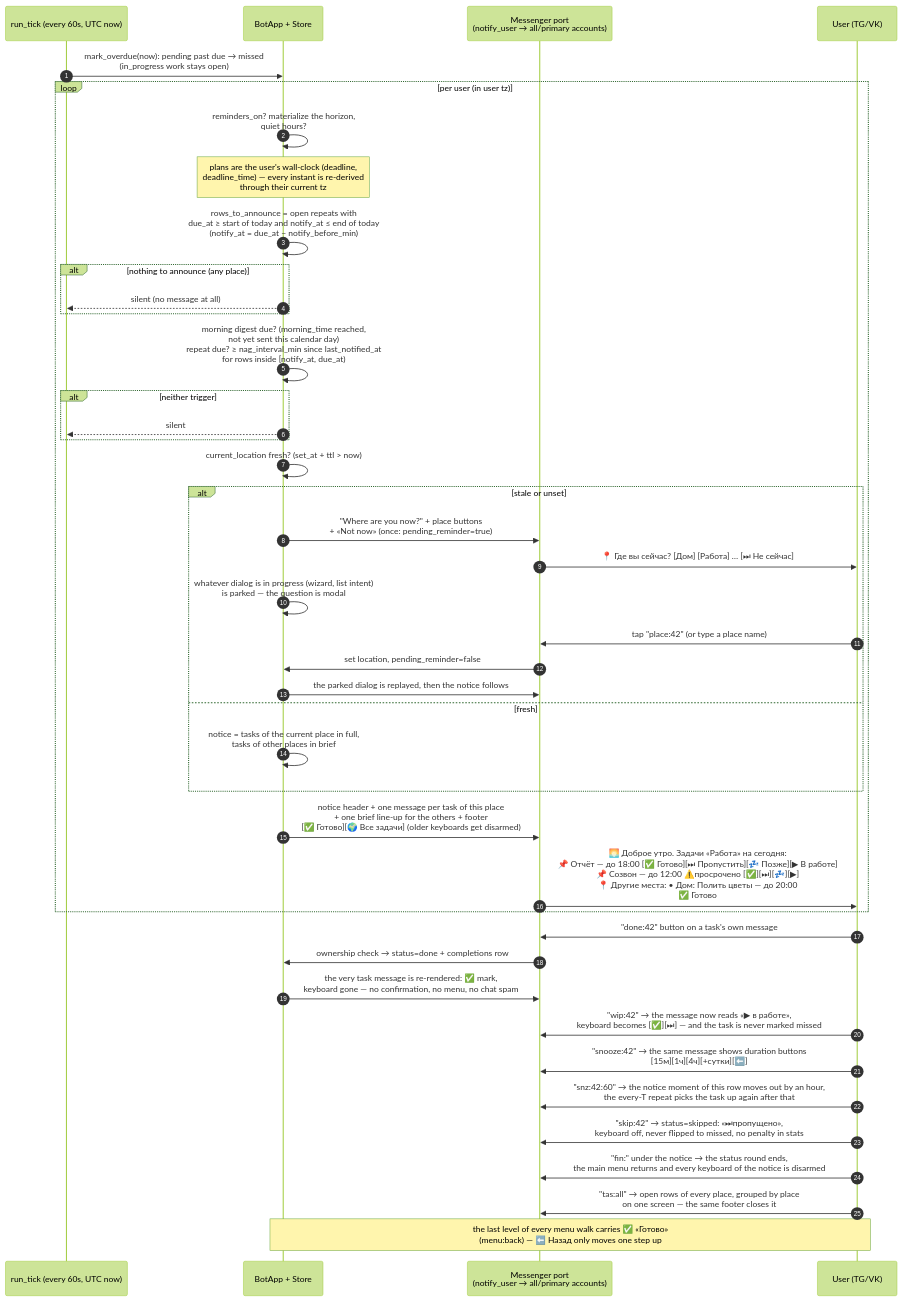
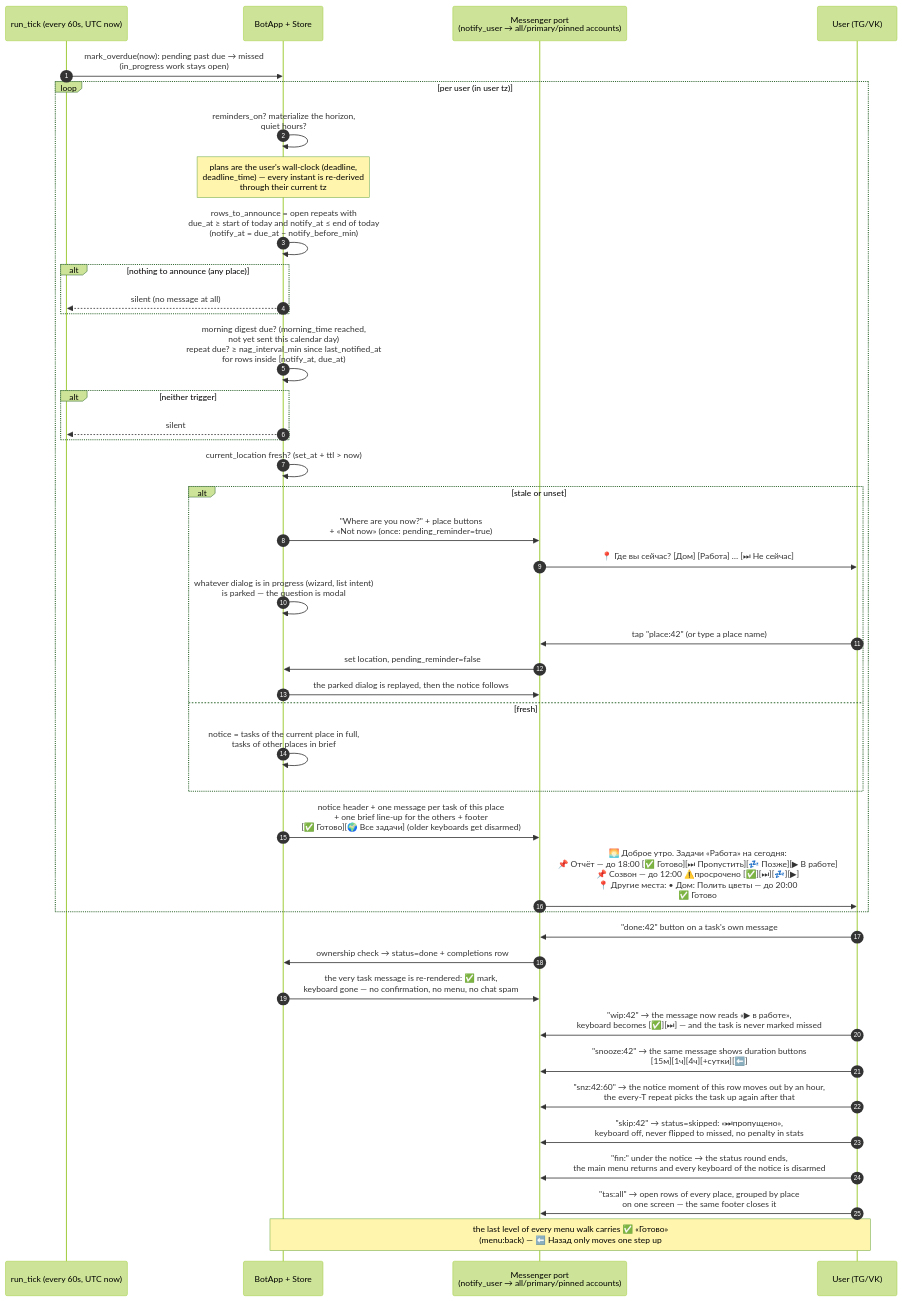
One commit to edombek/taskshed changed the diagram in docs/diagrams/reminder-flow.mmd. Above: the diagram before and after it, drawn with Mermaid (forest theme). The commit also changed 18 other files, not shown here.

```diff
--- a/docs/diagrams/reminder-flow.mmd
+++ b/docs/diagrams/reminder-flow.mmd
@@ -1,43 +1,43 @@
 sequenceDiagram
     autonumber
     participant Sch as run_tick (every 60s, UTC now)
     participant Core as BotApp + Store
-    participant Msg as Messenger port<br/>(notify_user → all/primary accounts)
+    participant Msg as Messenger port<br/>(notify_user → all/primary/pinned accounts)
     participant U as User (TG/VK)
 
     Sch->>Core: mark_overdue(now): pending past due → missed<br/>(in_progress work stays open)
     loop per user (in user tz)
         Core->>Core: reminders_on? materialize the horizon,<br/>quiet hours?
         Note over Core: plans are the user's wall-clock (deadline,<br/>deadline_time) — every instant is re-derived<br/>through their current tz
         Core->>Core: rows_to_announce = open repeats with<br/>due_at ≥ start of today and notify_at ≤ end of today<br/>(notify_at = due_at − notify_before_min)
         alt nothing to announce (any place)
             Core-->>Sch: silent (no message at all)
         end
         Core->>Core: morning digest due? (morning_time reached,<br/>not yet sent this calendar day)<br/>repeat due? ≥ nag_interval_min since last_notified_at<br/>for rows inside [notify_at, due_at)
         alt neither trigger
             Core-->>Sch: silent
         end
         Core->>Core: current_location fresh? (set_at + ttl > now)
         alt stale or unset
             Core->>Msg: "Where are you now?" + place buttons<br/>+ «Not now» (once: pending_reminder=true)
             Msg->>U: 📍 Где вы сейчас? [Дом] [Работа] … [⏭ Не сейчас]
             Core->>Core: whatever dialog is in progress (wizard, list intent)<br/>is parked — the question is modal
             U->>Msg: tap "place:42" (or type a place name)
             Msg->>Core: set location, pending_reminder=false
             Core->>Msg: the parked dialog is replayed, then the notice follows
         else fresh
             Core->>Core: notice = tasks of the current place in full,<br/>tasks of other places in brief
         end
         Core->>Msg: notice header + one message per task of this place<br/>+ one brief line-up for the others + footer<br/>[✅ Готово][🌍 Все задачи] (older keyboards get disarmed)
         Msg->>U: 🌅 Доброе утро. Задачи «Работа» на сегодня:<br/>📌 Отчёт — до 18:00 [✅ Готово][⏭ Пропустить][💤 Позже][▶ В работе]<br/>📌 Созвон — до 12:00 ⚠️просрочено [✅][⏭][💤][▶]<br/>📍 Другие места: • Дом: Полить цветы — до 20:00<br/>✅ Готово
     end
     U->>Msg: "done:42" button on a task's own message
     Msg->>Core: ownership check → status=done + completions row
     Core->>Msg: the very task message is re-rendered: ✅ mark,<br/>keyboard gone — no confirmation, no menu, no chat spam
     U->>Msg: "wip:42" → the message now reads «▶ в работе»,<br/>keyboard becomes [✅][⏭] — and the task is never marked missed
     U->>Msg: "snooze:42" → the same message shows duration buttons<br/>[15м][1ч][4ч][+сутки][⬅️]
     U->>Msg: "snz:42:60" → the notice moment of this row moves out by an hour,<br/>the every-T repeat picks the task up again after that
     U->>Msg: "skip:42" → status=skipped: «⏭пропущено»,<br/>keyboard off, never flipped to missed, no penalty in stats
     U->>Msg: "fin:" under the notice → the status round ends,<br/>the main menu returns and every keyboard of the notice is disarmed
     U->>Msg: "tas:all" → open rows of every place, grouped by place<br/>on one screen — the same footer closes it
     Note over U,Core: the last level of every menu walk carries ✅ «Готово»<br/>(menu:back) — ⬅️ Назад only moves one step up
```
